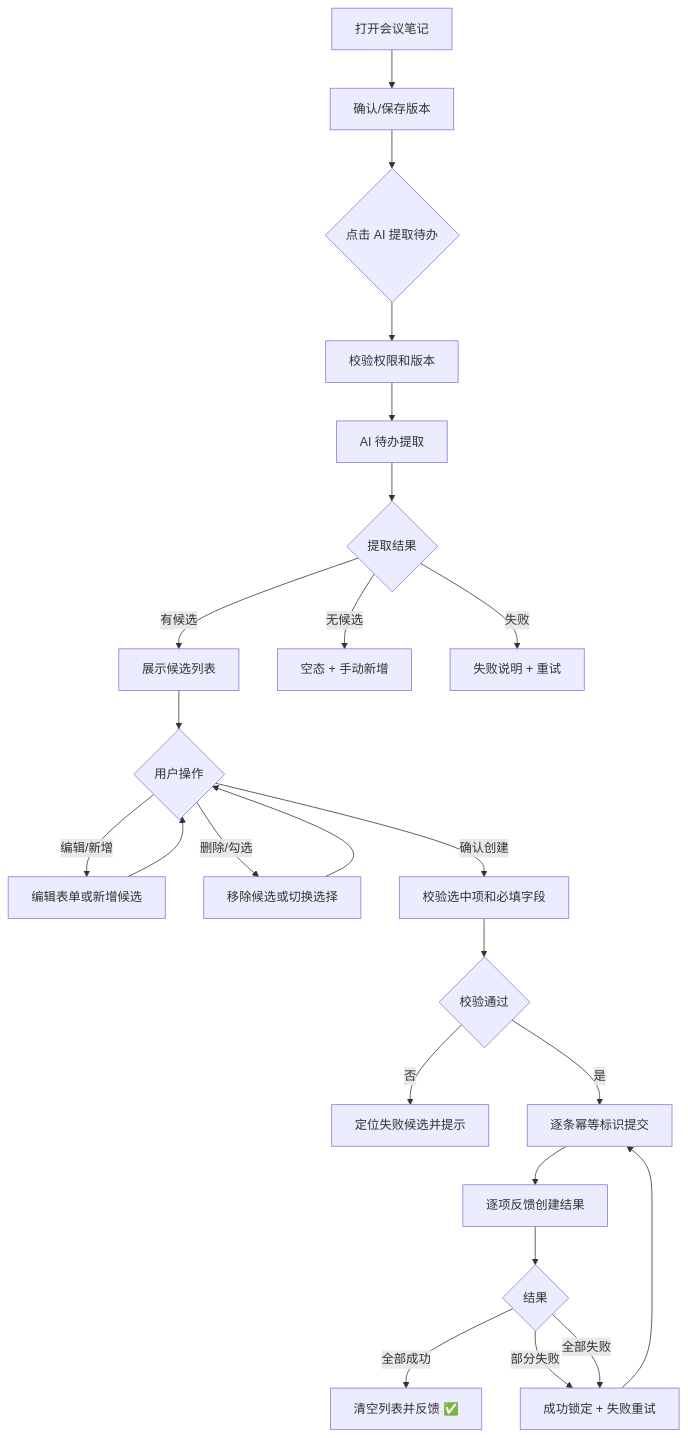
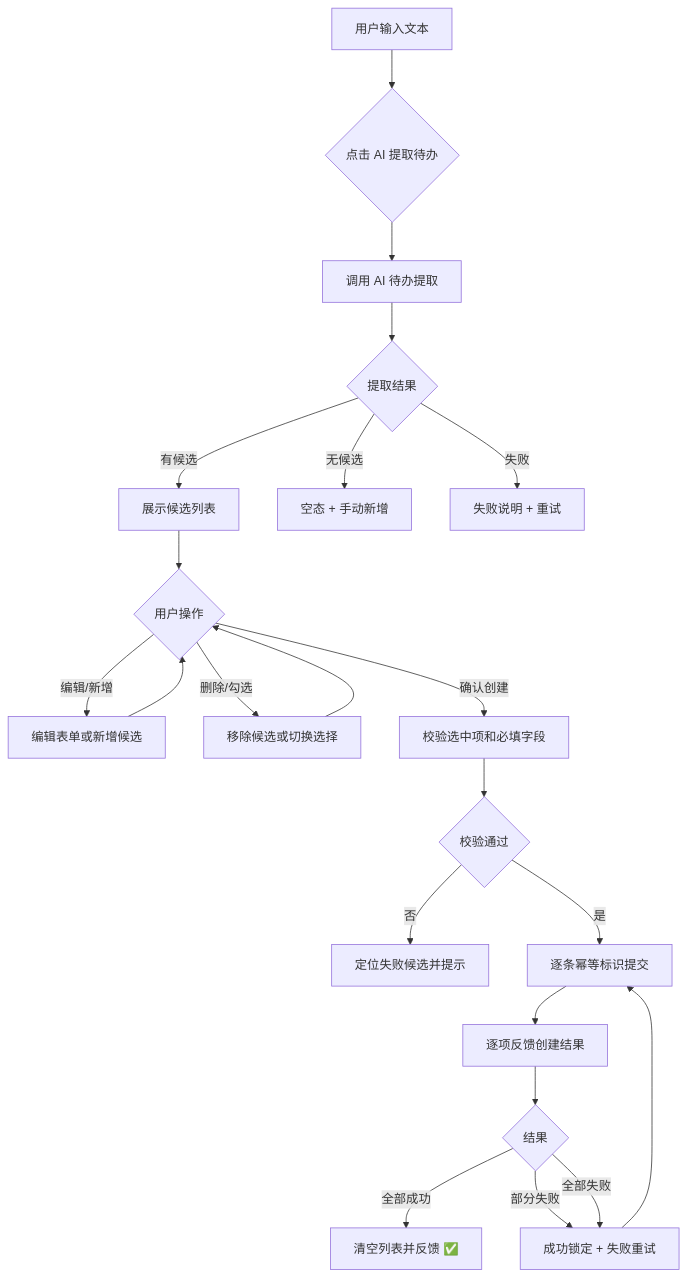
The second of 5 diagrams in docs/需求文档/20260726-【PRD】AI工作台-会议纪要生成待办（MVP）-天马智擎项目.md (fri555/PORTL), drawn with Mermaid before and after one commit. The commit also changed other lines of this file, not shown here.

````diff
--- a/docs/需求文档/20260726-【PRD】AI工作台-会议纪要生成待办（MVP）-天马智擎项目.md
+++ b/docs/需求文档/20260726-【PRD】AI工作台-会议纪要生成待办（MVP）-天马智擎项目.md
@@ -169,26 +171,24 @@
 ```mermaid
 flowchart TD
-    A["打开会议笔记"] --> B["确认/保存版本"]
-    B --> C{"点击 AI 提取待办"}
-    C --> D["校验权限和版本"]
-    D --> E["AI 待办提取"]
-    E --> F{"提取结果"}
-    F -->|"有候选"| G["展示候选列表"]
-    F -->|"无候选"| H["空态 + 手动新增"]
-    F -->|"失败"| I["失败说明 + 重试"]
-    G --> J{"用户操作"}
-    J -->|"编辑/新增"| K["编辑表单或新增候选"]
-    J -->|"删除/勾选"| L["移除候选或切换选择"]
-    J -->|"确认创建"| M["校验选中项和必填字段"]
-    K --> J
-    L --> J
-    M --> N{"校验通过"}
-    N -->|"否"| O["定位失败候选并提示"]
-    N -->|"是"| P["逐条幂等标识提交"]
-    P --> Q["逐项反馈创建结果"]
-    Q --> R{"结果"}
-    R -->|"全部成功"| S["清空列表并反馈 ✅"]
-    R -->|"部分失败"| T["成功锁定 + 失败重试"]
-    R -->|"全部失败"| T
-    T --> P
+    A["用户输入文本"] --> B{"点击 AI 提取待办"}
+    B --> C["调用 AI 待办提取"]
+    C --> D{"提取结果"}
+    D -->|"有候选"| E["展示候选列表"]
+    D -->|"无候选"| F["空态 + 手动新增"]
+    D -->|"失败"| G["失败说明 + 重试"]
+    E --> H{"用户操作"}
+    H -->|"编辑/新增"| I["编辑表单或新增候选"]
+    H -->|"删除/勾选"| J["移除候选或切换选择"]
+    H -->|"确认创建"| K["校验选中项和必填字段"]
+    I --> H
+    J --> H
+    K --> L{"校验通过"}
+    L -->|"否"| M["定位失败候选并提示"]
+    L -->|"是"| N["逐条幂等标识提交"]
+    N --> O["逐项反馈创建结果"]
+    O --> P{"结果"}
+    P -->|"全部成功"| Q["清空列表并反馈 ✅"]
+    P -->|"部分失败"| R["成功锁定 + 失败重试"]
+    P -->|"全部失败"| R
+    R --> N
 ```
````
